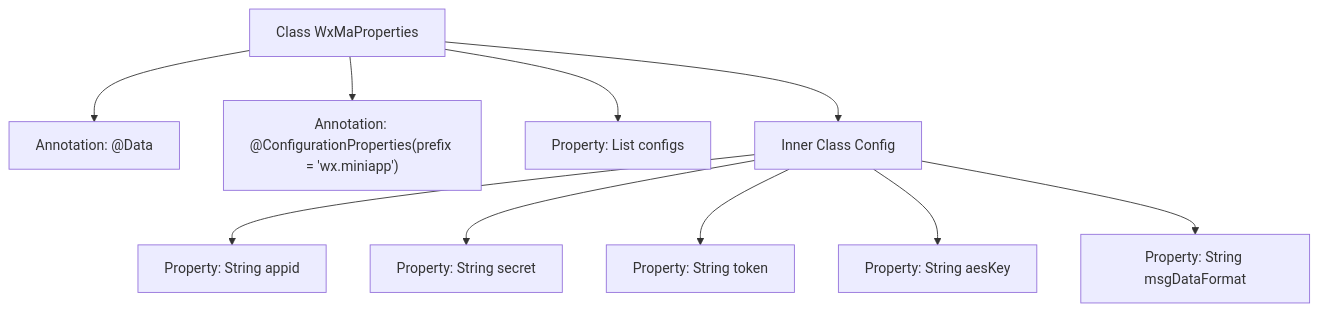
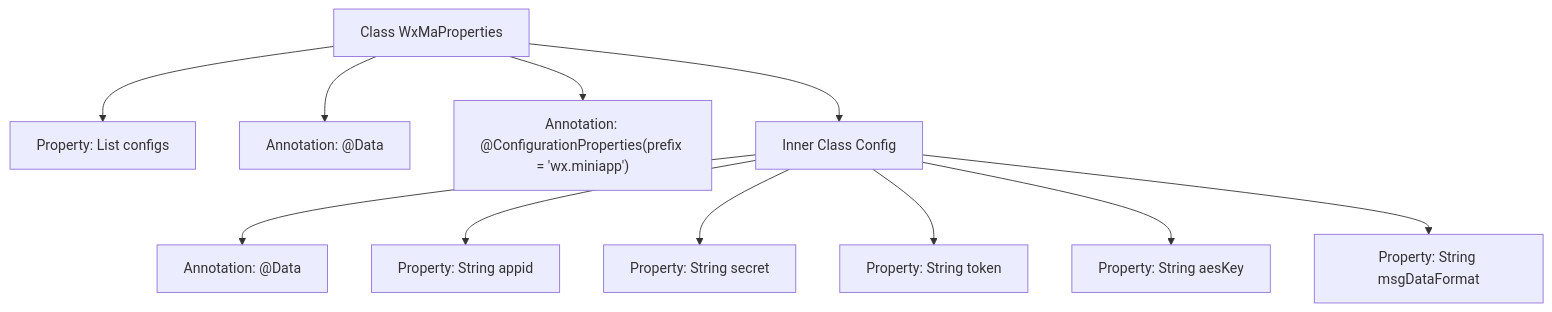
The second of 2 diagrams in docs/en/docs/src/main/java/com/github/binarywang/demo/wx/miniapp/config/WxMaProperties.md (v-wjrong/binary_weixin-java-miniapp-demo), drawn with Mermaid before and after one commit. The commit also changed other lines of this file and 47 other files, not shown here.

````diff
--- a/docs/en/docs/src/main/java/com/github/binarywang/demo/wx/miniapp/config/WxMaProperties.md
+++ b/docs/en/docs/src/main/java/com/github/binarywang/demo/wx/miniapp/config/WxMaProperties.md
@@ -70,23 +70,27 @@
 ```mermaid
 graph TD
     A["Class WxMaProperties"]
-    B["Annotation: @Data"]
-    C["Annotation: @ConfigurationProperties(prefix = 'wx.miniapp')"]
-    D["Property: List<Config> configs"]
+    B["Property: List<Config> configs"]
+    C["Annotation: @Data"]
+    D["Annotation: @ConfigurationProperties(prefix = 'wx.miniapp')"]
+    
     E["Inner Class Config"]
     F["Property: String appid"]
     G["Property: String secret"]
     H["Property: String token"]
     I["Property: String aesKey"]
     J["Property: String msgDataFormat"]
+    K["Annotation: @Data"]
 
-    A --> B
     A --> C
     A --> D
+    A --> B
     A --> E
+
+    E --> K
     E --> F
     E --> G
     E --> H
     E --> I
     E --> J
 ```
````
